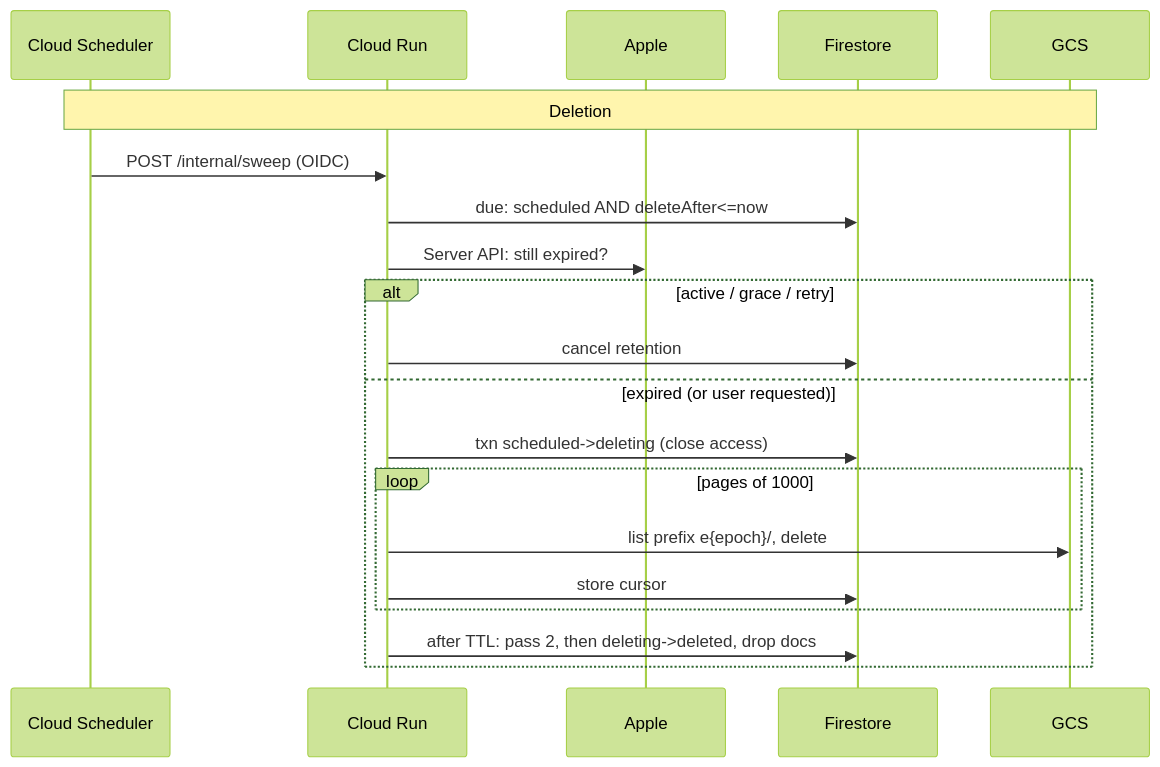
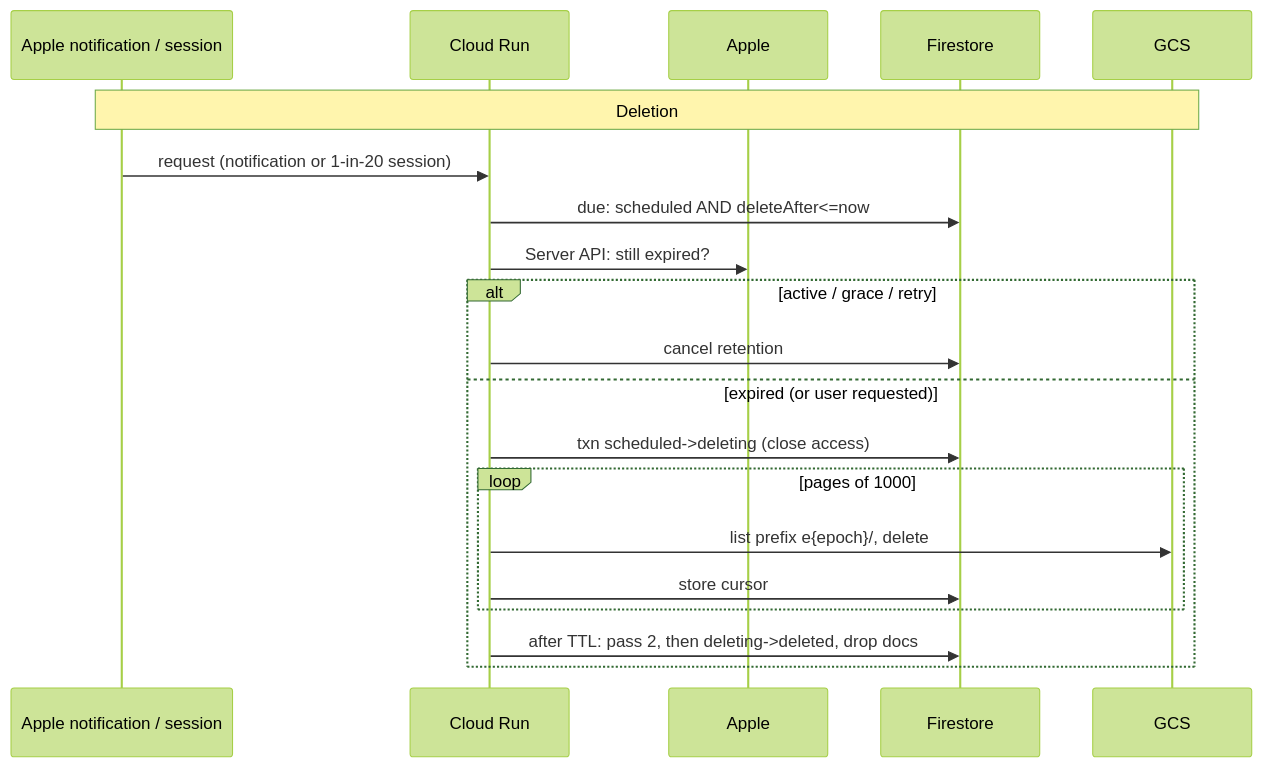
The sixth of 6 diagrams in docs/exec-plans/cloud-sync-implementation.md (mralexivy/whisperer), drawn with Mermaid (forest theme) before and after one commit. The commit also changed other lines of this file and 4 other files, not shown here.

Commit message:
Cloud: drop Cloud Scheduler — retention sweep runs inside Apple notifications and sessions; baseline stays at four services

````diff
--- a/docs/exec-plans/cloud-sync-implementation.md
+++ b/docs/exec-plans/cloud-sync-implementation.md
@@ -442,22 +439,22 @@
 ```mermaid
 sequenceDiagram
-  participant S as Cloud Scheduler
+  participant S as Apple notification / session
   participant R as Cloud Run
   participant A as Apple
   participant F as Firestore
   participant G as GCS
   Note over S,G: Deletion
-  S->>R: POST /internal/sweep (OIDC)
+  S->>R: request (notification or 1-in-20 session)
   R->>F: due: scheduled AND deleteAfter<=now
   R->>A: Server API: still expired?
   alt active / grace / retry
     R->>F: cancel retention
   else expired (or user requested)
     R->>F: txn scheduled->deleting (close access)
     loop pages of 1000
       R->>G: list prefix e{epoch}/, delete
       R->>F: store cursor
     end
     R->>F: after TTL: pass 2, then deleting->deleted, drop docs
   end
 ```
````
